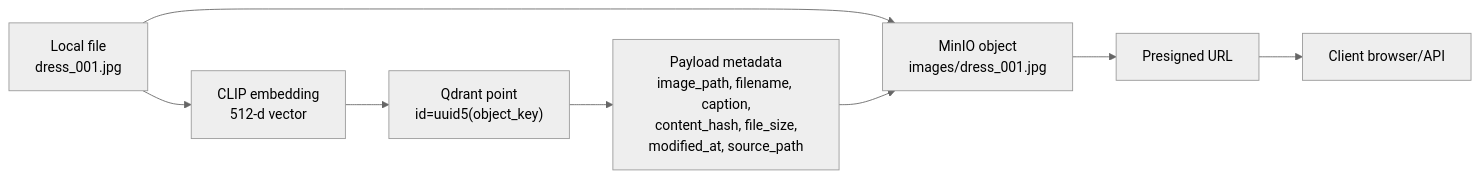
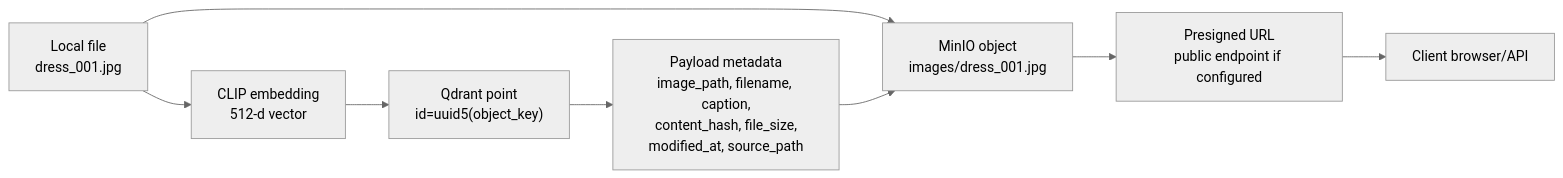
One commit to awun0105/CLIP-Image-Retrieval-Gradio-App changed the tenth of 10 diagrams in docs/EN/data-flow.md. Above: the diagram before and after it, drawn with Mermaid (neutral theme). The commit also changed other lines of this file and 7 other files, not shown here.

````diff
--- a/docs/EN/data-flow.md
+++ b/docs/EN/data-flow.md
@@ -371,10 +381,10 @@
 ```mermaid
 flowchart LR
     FS["Local file<br/>dress_001.jpg"] --> MinIO["MinIO object<br/>images/dress_001.jpg"]
     FS --> CLIP["CLIP embedding<br/>512-d vector"]
     CLIP --> Qdrant["Qdrant point<br/>id=uuid5(object_key)"]
     Qdrant --> Payload["Payload metadata<br/>image_path, filename, caption,<br/>content_hash, file_size,<br/>modified_at, source_path"]
     Payload --> MinIO
-    MinIO --> URL["Presigned URL"]
+    MinIO --> URL["Presigned URL<br/>public endpoint if configured"]
     URL --> Client["Client browser/API"]
 ```
````
